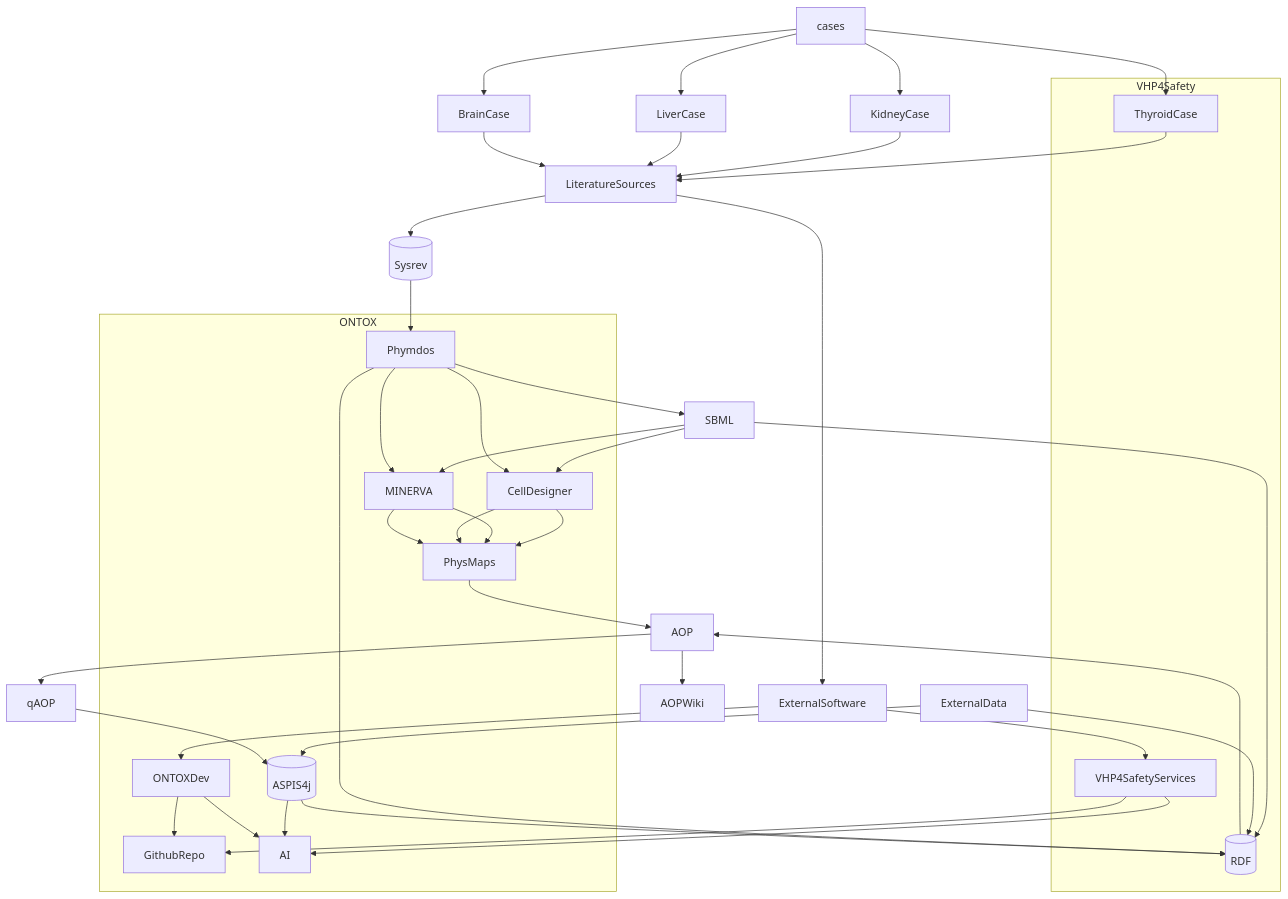
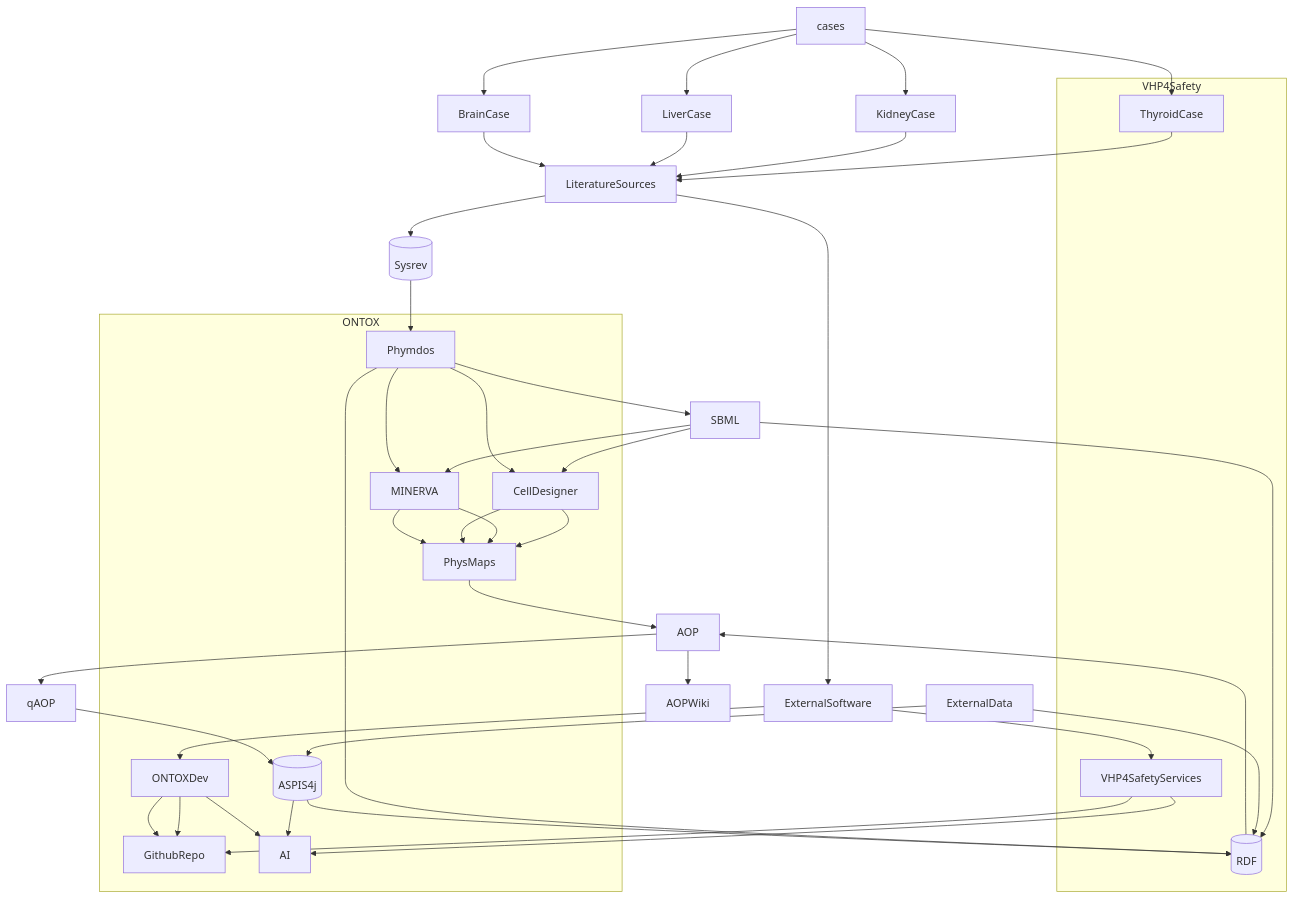
One commit to ontox-hu/workflows changed the diagram in ONTOX-vs-VHP4Safety.md. Above: the diagram before and after it, drawn with Mermaid.

````diff
--- a/ONTOX-vs-VHP4Safety.md
+++ b/ONTOX-vs-VHP4Safety.md
@@ -1,66 +1,65 @@
 ```mermaid
 flowchart TB
 
     cases-->KidneyCase
     cases-->LiverCase
     cases-->BrainCase
     cases-->ThyroidCase
     
     KidneyCase-->LiteratureSources
     LiverCase-->LiteratureSources
     BrainCase-->LiteratureSources
     ThyroidCase-->LiteratureSources
     LiteratureSources-->Sysrev[(Sysrev)]
     Sysrev[(Sysrev)]-->Phymdos
     Phymdos-->SBML
     SBML-->CellDesigner
     SBML-->MINERVA
     SBML-->RDF[(RDF)]
     CellDesigner-->PhysMaps
     MINERVA-->PhysMaps
     PhysMaps-->AOP
-    GithubRepo
+    VHP4SafetyServices-->GithubRepo
+    ONTOXDev-->GithubRepo
     
  %%%%%%%%%%%%%%%%%%%%%%%%%%%%%%%
  
     subgraph ONTOX
     
     ONTOXDev
     ONTOXDev-->GithubRepo
     Phymdos-->MINERVA
     Phymdos-->CellDesigner
     CellDesigner-->PhysMaps
     MINERVA-->PhysMaps
     ASPIS4j[(ASPIS4j)]-->AI
     
     end
  
  %%%%%%%%%%%%%%%%%%%%%%%%%%%%%%%%
  
     subgraph VHP4Safety
     
     ThyroidCase 
     Phymdos-->RDF[(RDF)]
     VHP4SafetyServices
     VHP4SafetyServices-->AI
     ONTOXDev-->AI
-    VHP4SafetyServices-->GithubRepo
-    
-    
+
     end
     
  %%%%%%%%%%%%%%%%%%%%%%%%%%%%%%%%%%
  
     RDF[(RDF)]-->AOP
     AOP-->AOPWiki
     AOP-->qAOP
     LiteratureSources-->ExternalSoftware
     ExternalSoftware-->VHP4SafetyServices
     ExternalSoftware-->ONTOXDev
     ExternalData-->ASPIS4j[(ASPIS4j)]
     qAOP-->ASPIS4j[(ASPIS4j)]
     ASPIS4j[(ASPIS4j)]-->RDF[(RDF)]
     ExternalData-->RDF[(RDF)]
     
     
 ```
````
